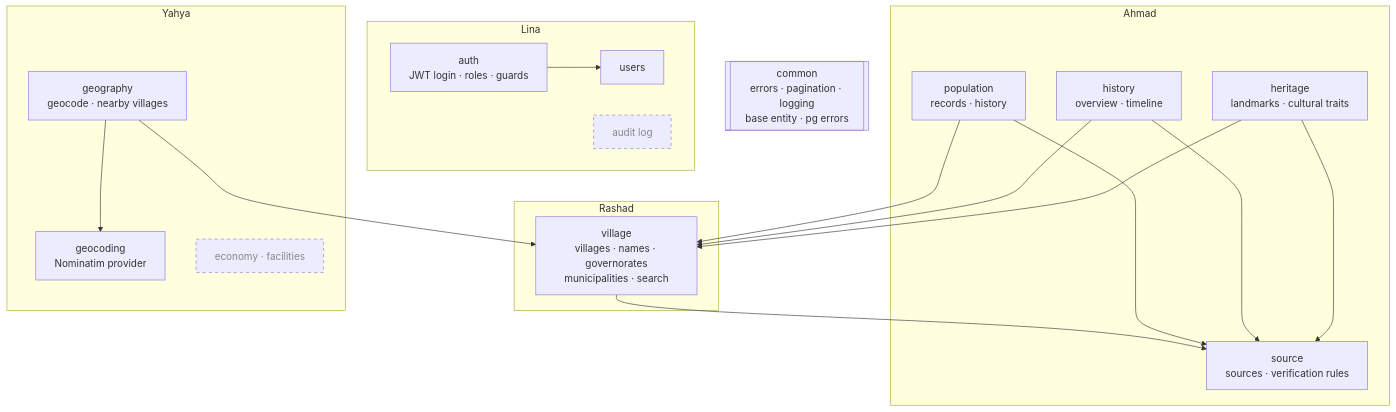
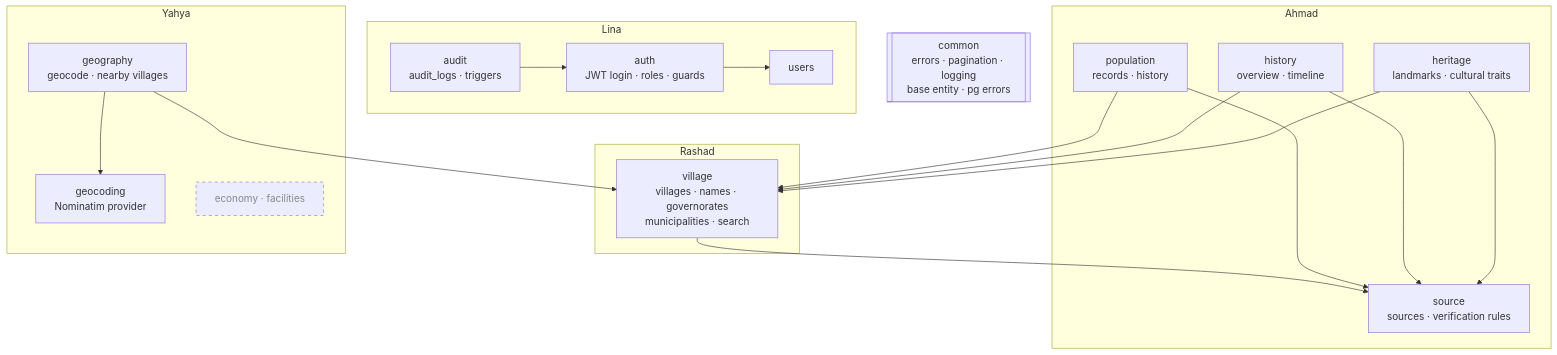
The second of 5 diagrams in docs/architecture.md (qaryati-Org/qaryati), drawn with Mermaid before and after one commit. The commit also changed other lines of this file and 3 other files, not shown here.

Commit message:
docs(audit): add ADR-005 and audit log guide

````diff
--- a/docs/architecture.md
+++ b/docs/architecture.md
@@ -49,37 +49,38 @@
 ```mermaid
 flowchart TB
     subgraph Rashad
         VIL[village<br/>villages · names · governorates<br/>municipalities · search]
     end
     subgraph Ahmad
         SRC[source<br/>sources · verification rules]
         POP[population<br/>records · history]
         HIS[history<br/>overview · timeline]
         HER[heritage<br/>landmarks · cultural traits]
     end
     subgraph Lina
         AUTH[auth<br/>JWT login · roles · guards]
         USR[users]
-        AUD[audit log]:::planned
+        AUD[audit<br/>audit_logs · triggers]
     end
     subgraph Yahya
         GEO[geocoding<br/>Nominatim provider]
         GEOG[geography<br/>geocode · nearby villages]
         ECO[economy · facilities]:::planned
     end
 
     COMMON[[common<br/>errors · pagination · logging<br/>base entity · pg errors]]
 
     VIL --> SRC
     POP --> VIL
     POP --> SRC
     HIS --> VIL
     HIS --> SRC
     HER --> VIL
     HER --> SRC
     AUTH --> USR
+    AUD --> AUTH
     GEOG --> GEO
     GEOG --> VIL
 
     classDef planned stroke-dasharray: 5 5,color:#888
 ```
````
